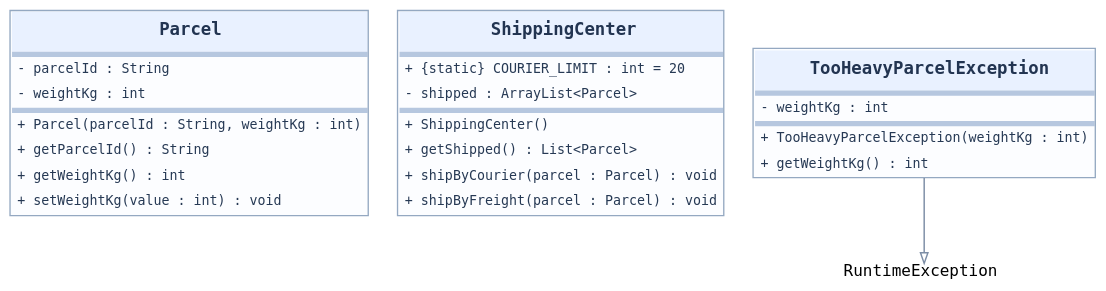
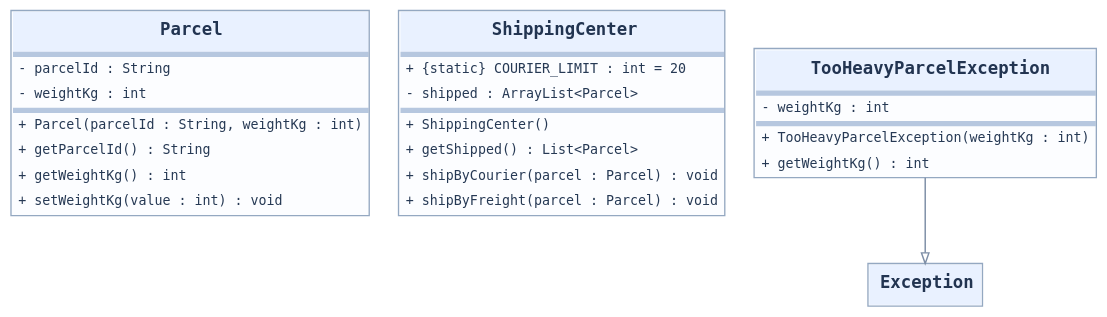
The diagram in content/chapters/13-kivetelek/media/task-4-hu.dot (edetroll/java-oop), drawn with Graphviz before and after one commit. The commit also changed 44 other files, not shown here.

```diff
--- a/content/chapters/13-kivetelek/media/task-4-hu.dot
+++ b/content/chapters/13-kivetelek/media/task-4-hu.dot
@@ -1,10 +1,10 @@
 digraph UML {
 graph [rankdir=TB, bgcolor="transparent", nodesep="0.30", ranksep="0.50", pad="0.12", splines=polyline];
 node [shape=plain];
 edge [color="#7d8ea6", penwidth=1.1, arrowsize=0.8];
 "Parcel" [label=<<TABLE BORDER="1" COLOR="#94a8c1" CELLBORDER="0" CELLSPACING="0" BGCOLOR="#fcfdff"><TR><TD ALIGN="CENTER" CELLPADDING="8" BGCOLOR="#e9f1ff"><FONT FACE="DejaVu Sans Mono" POINT-SIZE="13" COLOR="#223451"><B>Parcel</B></FONT></TD></TR><TR><TD BGCOLOR="#b6c7df" HEIGHT="2"></TD></TR><TR><TD ALIGN="LEFT" CELLPADDING="4"><FONT FACE="DejaVu Sans Mono" POINT-SIZE="10" COLOR="#263954">- parcelId : String</FONT></TD></TR><TR><TD ALIGN="LEFT" CELLPADDING="4"><FONT FACE="DejaVu Sans Mono" POINT-SIZE="10" COLOR="#263954">- weightKg : int</FONT></TD></TR><TR><TD BGCOLOR="#b6c7df" HEIGHT="2"></TD></TR><TR><TD ALIGN="LEFT" CELLPADDING="4"><FONT FACE="DejaVu Sans Mono" POINT-SIZE="10" COLOR="#263954">+ Parcel(parcelId : String, weightKg : int)</FONT></TD></TR><TR><TD ALIGN="LEFT" CELLPADDING="4"><FONT FACE="DejaVu Sans Mono" POINT-SIZE="10" COLOR="#263954">+ getParcelId() : String</FONT></TD></TR><TR><TD ALIGN="LEFT" CELLPADDING="4"><FONT FACE="DejaVu Sans Mono" POINT-SIZE="10" COLOR="#263954">+ getWeightKg() : int</FONT></TD></TR><TR><TD ALIGN="LEFT" CELLPADDING="4"><FONT FACE="DejaVu Sans Mono" POINT-SIZE="10" COLOR="#263954">+ setWeightKg(value : int) : void</FONT></TD></TR></TABLE>>];
 "ShippingCenter" [label=<<TABLE BORDER="1" COLOR="#94a8c1" CELLBORDER="0" CELLSPACING="0" BGCOLOR="#fcfdff"><TR><TD ALIGN="CENTER" CELLPADDING="8" BGCOLOR="#e9f1ff"><FONT FACE="DejaVu Sans Mono" POINT-SIZE="13" COLOR="#223451"><B>ShippingCenter</B></FONT></TD></TR><TR><TD BGCOLOR="#b6c7df" HEIGHT="2"></TD></TR><TR><TD ALIGN="LEFT" CELLPADDING="4"><FONT FACE="DejaVu Sans Mono" POINT-SIZE="10" COLOR="#263954">+ {static} COURIER_LIMIT : int = 20</FONT></TD></TR><TR><TD ALIGN="LEFT" CELLPADDING="4"><FONT FACE="DejaVu Sans Mono" POINT-SIZE="10" COLOR="#263954">- shipped : ArrayList&lt;Parcel&gt;</FONT></TD></TR><TR><TD BGCOLOR="#b6c7df" HEIGHT="2"></TD></TR><TR><TD ALIGN="LEFT" CELLPADDING="4"><FONT FACE="DejaVu Sans Mono" POINT-SIZE="10" COLOR="#263954">+ ShippingCenter()</FONT></TD></TR><TR><TD ALIGN="LEFT" CELLPADDING="4"><FONT FACE="DejaVu Sans Mono" POINT-SIZE="10" COLOR="#263954">+ getShipped() : List&lt;Parcel&gt;</FONT></TD></TR><TR><TD ALIGN="LEFT" CELLPADDING="4"><FONT FACE="DejaVu Sans Mono" POINT-SIZE="10" COLOR="#263954">+ shipByCourier(parcel : Parcel) : void</FONT></TD></TR><TR><TD ALIGN="LEFT" CELLPADDING="4"><FONT FACE="DejaVu Sans Mono" POINT-SIZE="10" COLOR="#263954">+ shipByFreight(parcel : Parcel) : void</FONT></TD></TR></TABLE>>];
 "TooHeavyParcelException" [label=<<TABLE BORDER="1" COLOR="#94a8c1" CELLBORDER="0" CELLSPACING="0" BGCOLOR="#fcfdff"><TR><TD ALIGN="CENTER" CELLPADDING="8" BGCOLOR="#e9f1ff"><FONT FACE="DejaVu Sans Mono" POINT-SIZE="13" COLOR="#223451"><B>TooHeavyParcelException</B></FONT></TD></TR><TR><TD BGCOLOR="#b6c7df" HEIGHT="2"></TD></TR><TR><TD ALIGN="LEFT" CELLPADDING="4"><FONT FACE="DejaVu Sans Mono" POINT-SIZE="10" COLOR="#263954">- weightKg : int</FONT></TD></TR><TR><TD BGCOLOR="#b6c7df" HEIGHT="2"></TD></TR><TR><TD ALIGN="LEFT" CELLPADDING="4"><FONT FACE="DejaVu Sans Mono" POINT-SIZE="10" COLOR="#263954">+ TooHeavyParcelException(weightKg : int)</FONT></TD></TR><TR><TD ALIGN="LEFT" CELLPADDING="4"><FONT FACE="DejaVu Sans Mono" POINT-SIZE="10" COLOR="#263954">+ getWeightKg() : int</FONT></TD></TR></TABLE>>];
-"RuntimeException" [shape=plain, label=<<FONT FACE="DejaVu Sans Mono" POINT-SIZE="12">RuntimeException</FONT>>];
-"TooHeavyParcelException" -> "RuntimeException" [arrowhead="empty"];
+"Exception" [label=<<TABLE BORDER="1" COLOR="#94a8c1" CELLBORDER="0" CELLSPACING="0" BGCOLOR="#fcfdff"><TR><TD ALIGN="CENTER" CELLPADDING="8" BGCOLOR="#e9f1ff"><FONT FACE="DejaVu Sans Mono" POINT-SIZE="13" COLOR="#223451"><B>Exception</B></FONT></TD></TR></TABLE>>];
+"TooHeavyParcelException" -> "Exception" [arrowhead="empty"];
 }
```
